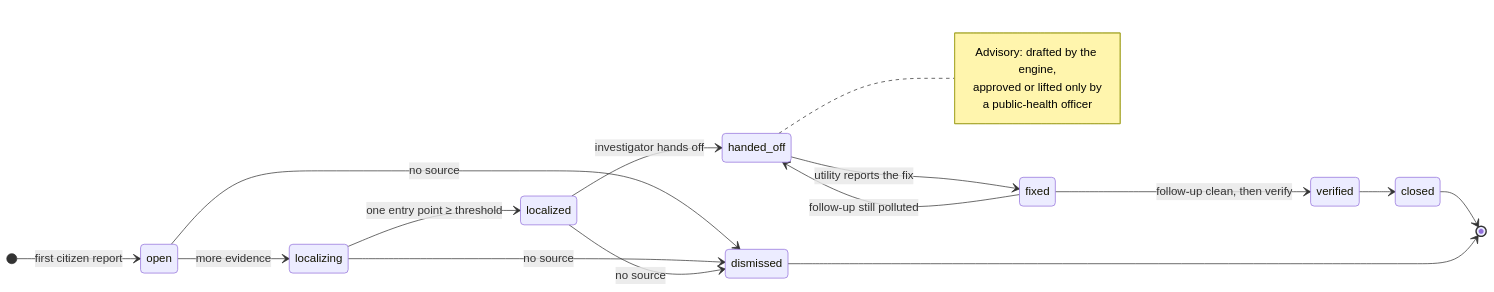
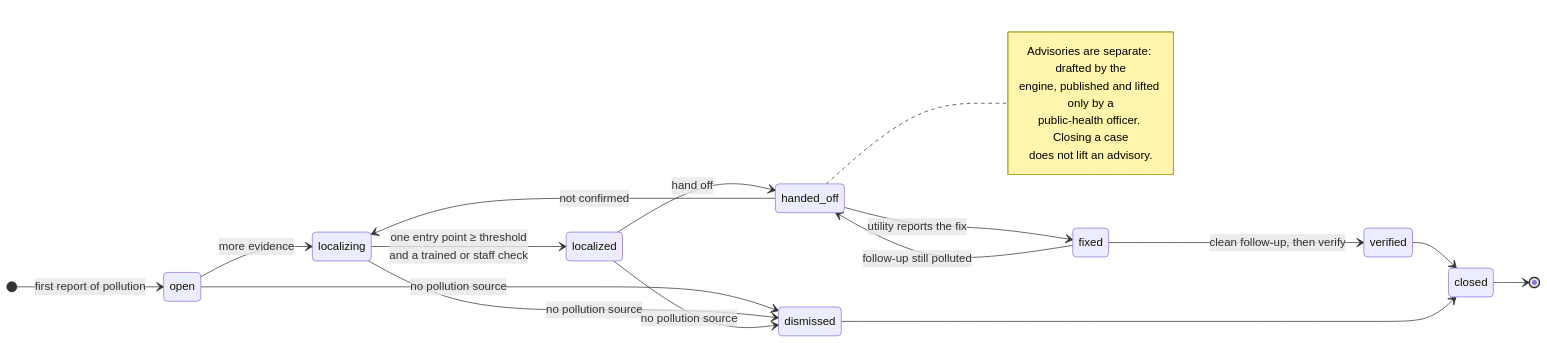
One commit to TusharTechs/dipper changed the second of 3 diagrams in README.md. Above: the diagram before and after it, drawn with Mermaid. The commit also changed other lines of this file and 21 other files, not shown here.

````diff
--- a/README.md
+++ b/README.md
@@ -174,22 +176,24 @@
 ```mermaid
 stateDiagram-v2
   direction LR
-  [*] --> open: first citizen report
+  [*] --> open: first report of pollution
   open --> localizing: more evidence
-  localizing --> localized: one entry point ≥ threshold
-  localized --> handed_off: investigator hands off
+  localizing --> localized: one entry point ≥ threshold<br/>and a trained or staff check
+  localized --> handed_off: hand off
+  handed_off --> localizing: not confirmed
   handed_off --> fixed: utility reports the fix
   fixed --> handed_off: follow-up still polluted
-  fixed --> verified: follow-up clean, then verify
+  fixed --> verified: clean follow-up, then verify
   verified --> closed
-  open --> dismissed: no source
-  localizing --> dismissed: no source
-  localized --> dismissed: no source
+  open --> dismissed: no pollution source
+  localizing --> dismissed: no pollution source
+  localized --> dismissed: no pollution source
+  dismissed --> closed
   closed --> [*]
-  dismissed --> [*]
   note right of handed_off
-    Advisory: drafted by the engine,
-    approved or lifted only by
-    a public-health officer
+    Advisories are separate: drafted by the
+    engine, published and lifted only by a
+    public-health officer. Closing a case
+    does not lift an advisory.
   end note
 ```
````
